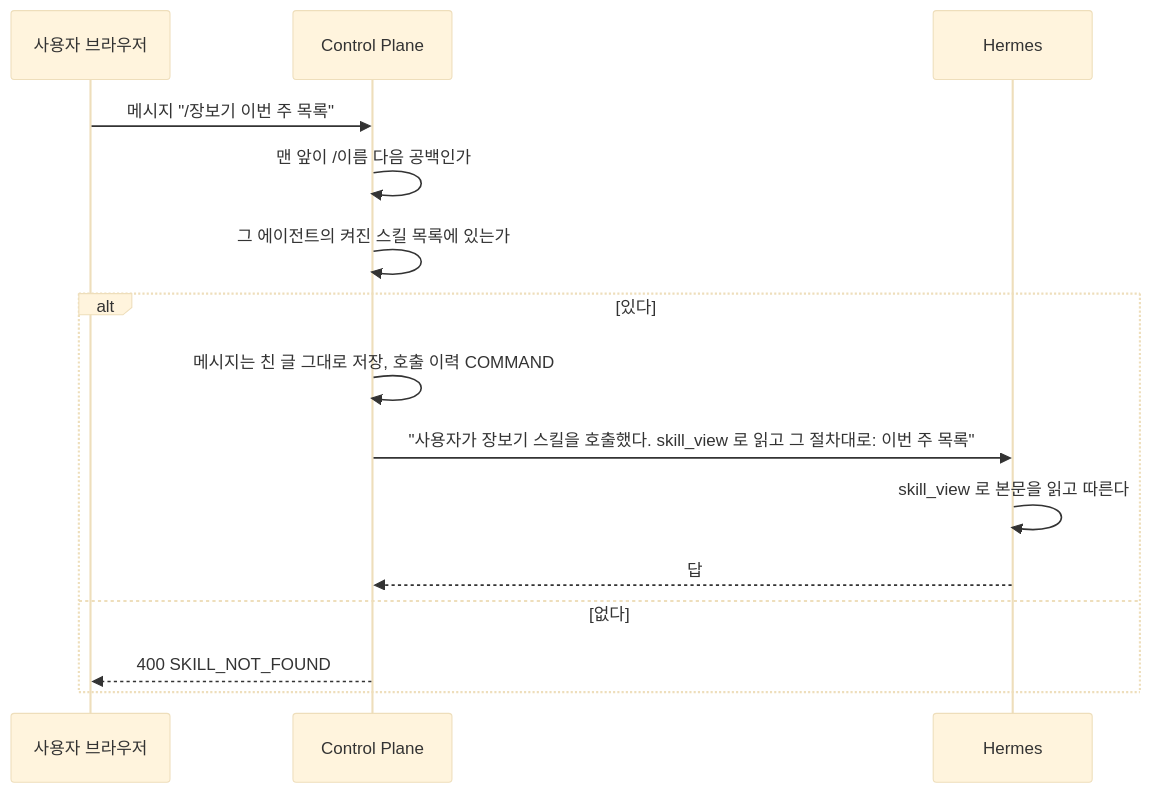
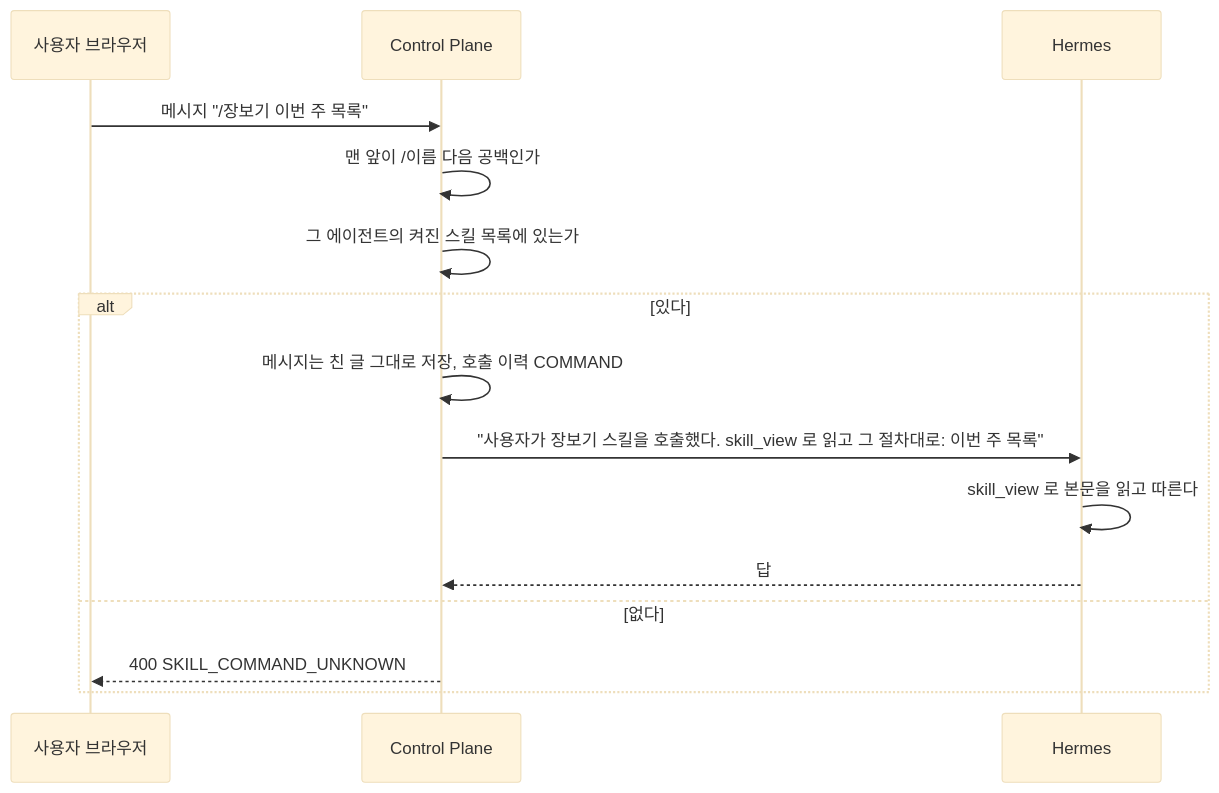
One commit to jon890/fos-assistant changed the ninth of 25 diagrams in docs/flow.md. Above: the diagram before and after it, drawn with Mermaid (base theme). The commit also changed 15 other files, not shown here.

````diff
--- a/docs/flow.md
+++ b/docs/flow.md
@@ -374,18 +374,18 @@
 ```mermaid
 sequenceDiagram
     participant U as 사용자 브라우저
     participant C as Control Plane
     participant H as Hermes
 
     U->>C: 메시지 "/장보기 이번 주 목록"
     C->>C: 맨 앞이 /이름 다음 공백인가
     C->>C: 그 에이전트의 켜진 스킬 목록에 있는가
     alt 있다
         C->>C: 메시지는 친 글 그대로 저장, 호출 이력 COMMAND
         C->>H: "사용자가 장보기 스킬을 호출했다. skill_view 로 읽고 그 절차대로: 이번 주 목록"
         H->>H: skill_view 로 본문을 읽고 따른다
         H-->>C: 답
     else 없다
-        C-->>U: 400 SKILL_NOT_FOUND
+        C-->>U: 400 SKILL_COMMAND_UNKNOWN
     end
 ```
````
